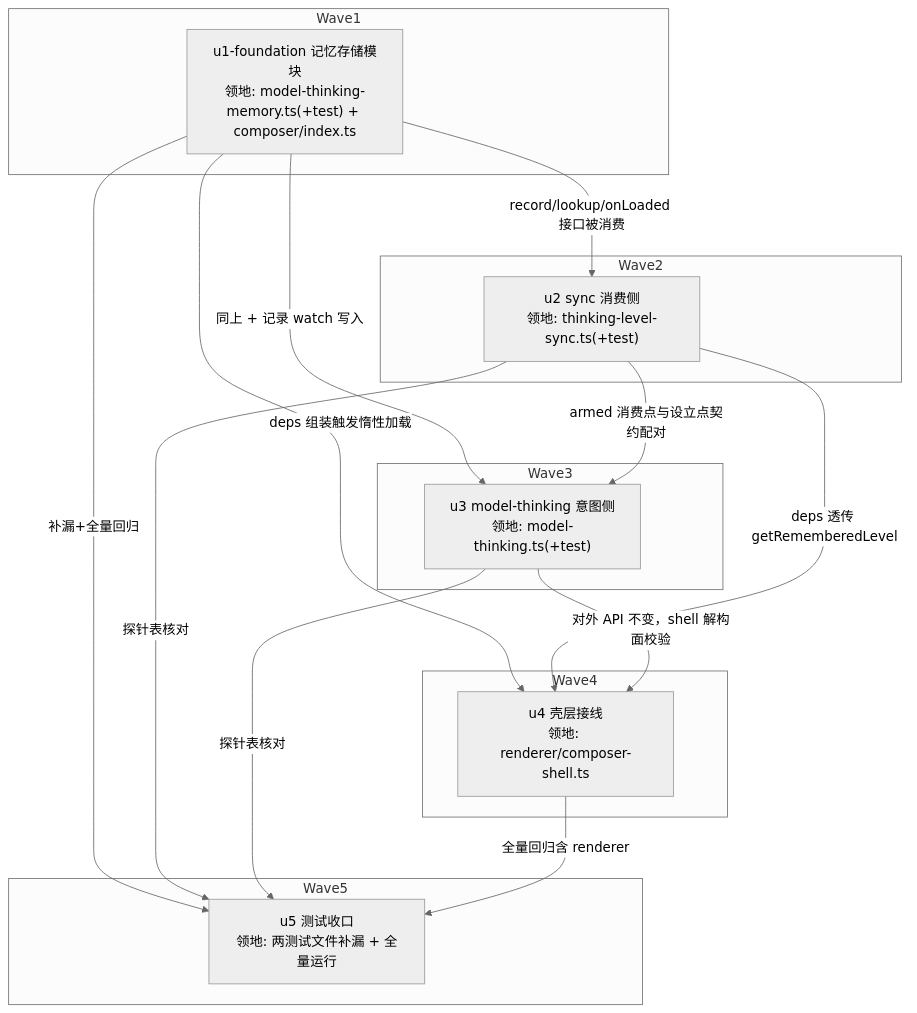
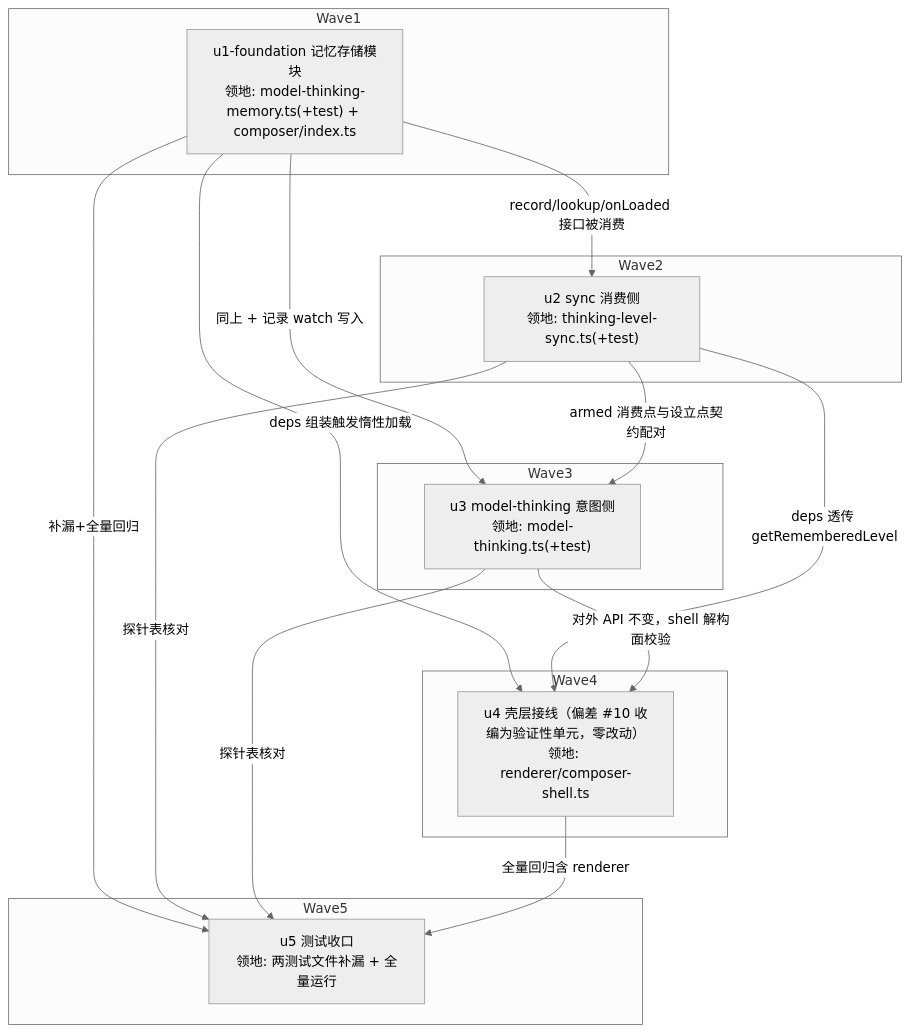
Before and after one commit to zhushanwen321/xyz-agent: the diagram in docs/design/model-thinking-level-memory.impl-plan.md, drawn with Mermaid (neutral theme). The commit also changed other lines of this file and 3 other files, not shown here.

````diff
--- a/docs/design/model-thinking-level-memory.impl-plan.md
+++ b/docs/design/model-thinking-level-memory.impl-plan.md
@@ -38,28 +38,28 @@
 ```mermaid
 graph TD
   subgraph W1[Wave1]
     U1["u1-foundation 记忆存储模块<br/>领地: model-thinking-memory.ts(+test) + composer/index.ts"]
   end
   subgraph W2[Wave2]
     U2["u2 sync 消费侧<br/>领地: thinking-level-sync.ts(+test)"]
   end
   subgraph W3[Wave3]
     U3["u3 model-thinking 意图侧<br/>领地: model-thinking.ts(+test)"]
   end
   subgraph W4[Wave4]
-    U4["u4 壳层接线<br/>领地: renderer/composer-shell.ts"]
+    U4["u4 壳层接线（偏差 #10 收编为验证性单元，零改动）<br/>领地: renderer/composer-shell.ts"]
   end
   subgraph W5[Wave5]
     U5["u5 测试收口<br/>领地: 两测试文件补漏 + 全量运行"]
   end
   U1 -->|"record/lookup/onLoaded 接口被消费"| U2
   U1 -->|"同上 + 记录 watch 写入"| U3
   U2 -->|"armed 消费点与设立点契约配对"| U3
   U1 -->|"deps 组装触发惰性加载"| U4
   U2 -->|"deps 透传 getRememberedLevel"| U4
   U3 -->|"对外 API 不变，shell 解构面校验"| U4
   U1 -->|"补漏+全量回归"| U5
   U2 -->|"探针表核对"| U5
   U3 -->|"探针表核对"| U5
   U4 -->|"全量回归含 renderer"| U5
 ```
````
